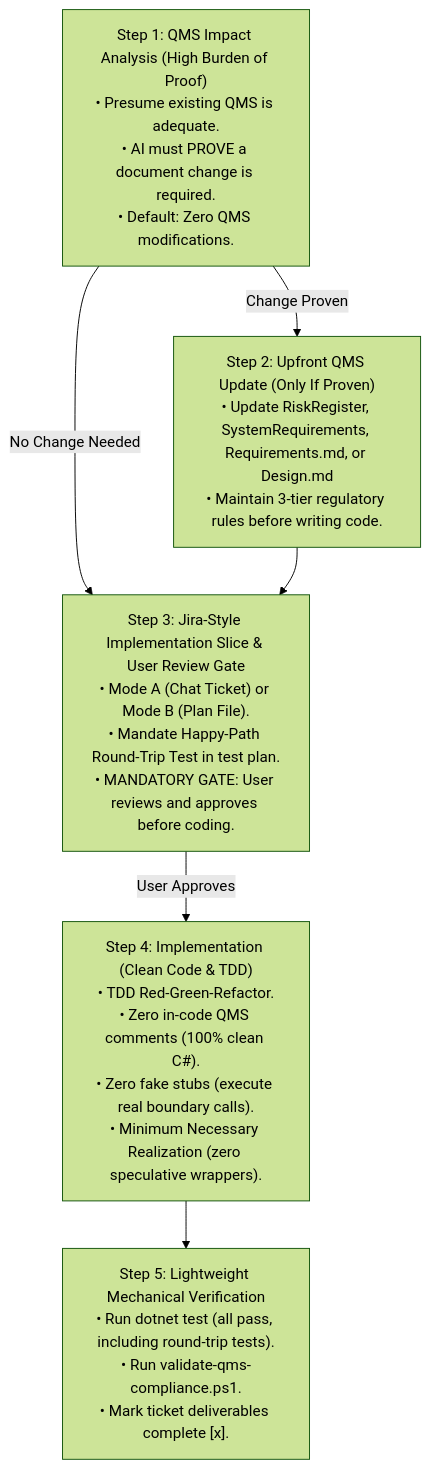
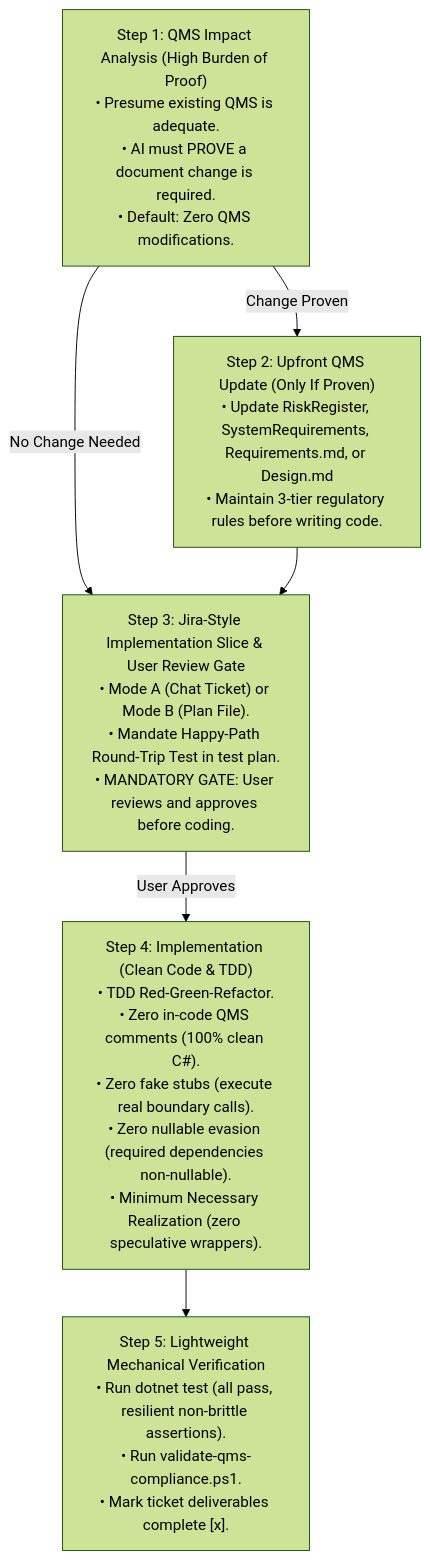
One commit to zerotwooneone/percolator changed the first of 2 diagrams in source/.gemini/skills/qms-implementation-review-cycle/SKILL.md. Above: the diagram before and after it, drawn with Mermaid (forest theme). The commit also changed other lines of this file, not shown here.

Commit message:
improve implementation skill with common lazy ai patterns

````diff
--- a/source/.gemini/skills/qms-implementation-review-cycle/SKILL.md
+++ b/source/.gemini/skills/qms-implementation-review-cycle/SKILL.md
@@ -51,14 +58,14 @@
 ```mermaid
 flowchart TD
     S1["Step 1: QMS Impact Analysis (High Burden of Proof)<br/>• Presume existing QMS is adequate.<br/>• AI must PROVE a document change is required.<br/>• Default: Zero QMS modifications."]
     S2["Step 2: Upfront QMS Update (Only If Proven)<br/>• Update RiskRegister, SystemRequirements, Requirements.md, or Design.md<br/>• Maintain 3-tier regulatory rules before writing code."]
     S3["Step 3: Jira-Style Implementation Slice & User Review Gate<br/>• Mode A (Chat Ticket) or Mode B (Plan File).<br/>• Mandate Happy-Path Round-Trip Test in test plan.<br/>• MANDATORY GATE: User reviews and approves before coding."]
-    S4["Step 4: Implementation (Clean Code & TDD)<br/>• TDD Red-Green-Refactor.<br/>• Zero in-code QMS comments (100% clean C#).<br/>• Zero fake stubs (execute real boundary calls).<br/>• Minimum Necessary Realization (zero speculative wrappers)."]
-    S5["Step 5: Lightweight Mechanical Verification<br/>• Run dotnet test (all pass, including round-trip tests).<br/>• Run validate-qms-compliance.ps1.<br/>• Mark ticket deliverables complete [x]."]
+    S4["Step 4: Implementation (Clean Code & TDD)<br/>• TDD Red-Green-Refactor.<br/>• Zero in-code QMS comments (100% clean C#).<br/>• Zero fake stubs (execute real boundary calls).<br/>• Zero nullable evasion (required dependencies non-nullable).<br/>• Minimum Necessary Realization (zero speculative wrappers)."]
+    S5["Step 5: Lightweight Mechanical Verification<br/>• Run dotnet test (all pass, resilient non-brittle assertions).<br/>• Run validate-qms-compliance.ps1.<br/>• Mark ticket deliverables complete [x]."]
 
     S1 -->|Change Proven| S2
     S1 -->|No Change Needed| S3
     S2 --> S3
     S3 -->|User Approves| S4
     S4 --> S5
 ```
````
